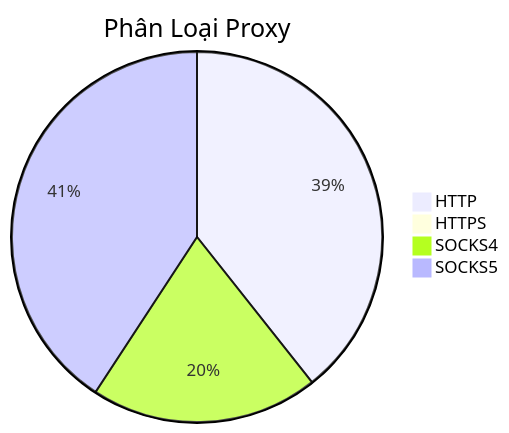
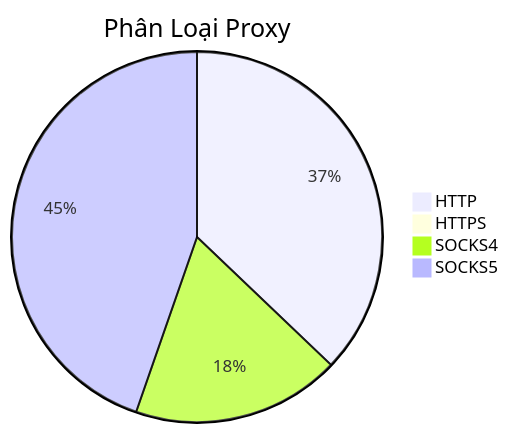
Before and after one commit to Ciara-Aa/PROXY-free: the diagram in README.md, drawn with Mermaid. The commit also changed other lines of this file and 4 other files, not shown here.

````diff
--- a/README.md
+++ b/README.md
@@ -26,7 +26,7 @@
 ```mermaid
 pie title Phân Loại Proxy
-    "HTTP" : 546
+    "HTTP" : 571
     "HTTPS" : 4
-    "SOCKS4" : 276
-    "SOCKS5" : 566
+    "SOCKS4" : 280
+    "SOCKS5" : 687
 ```
````
